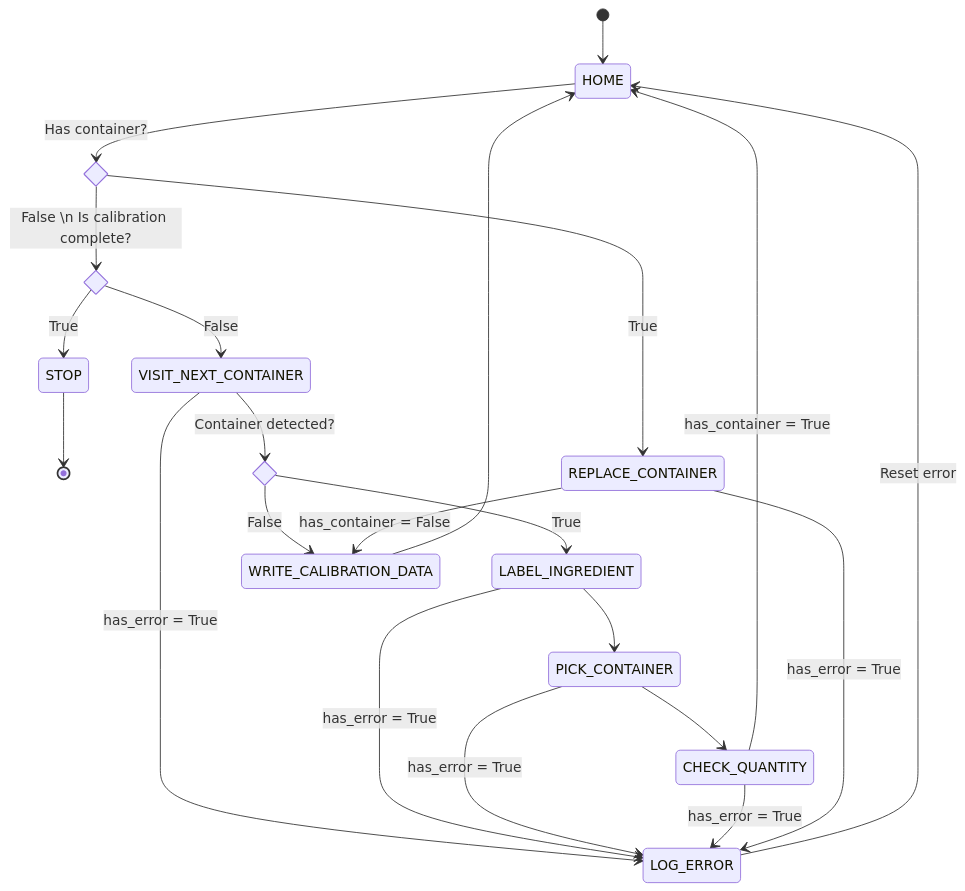
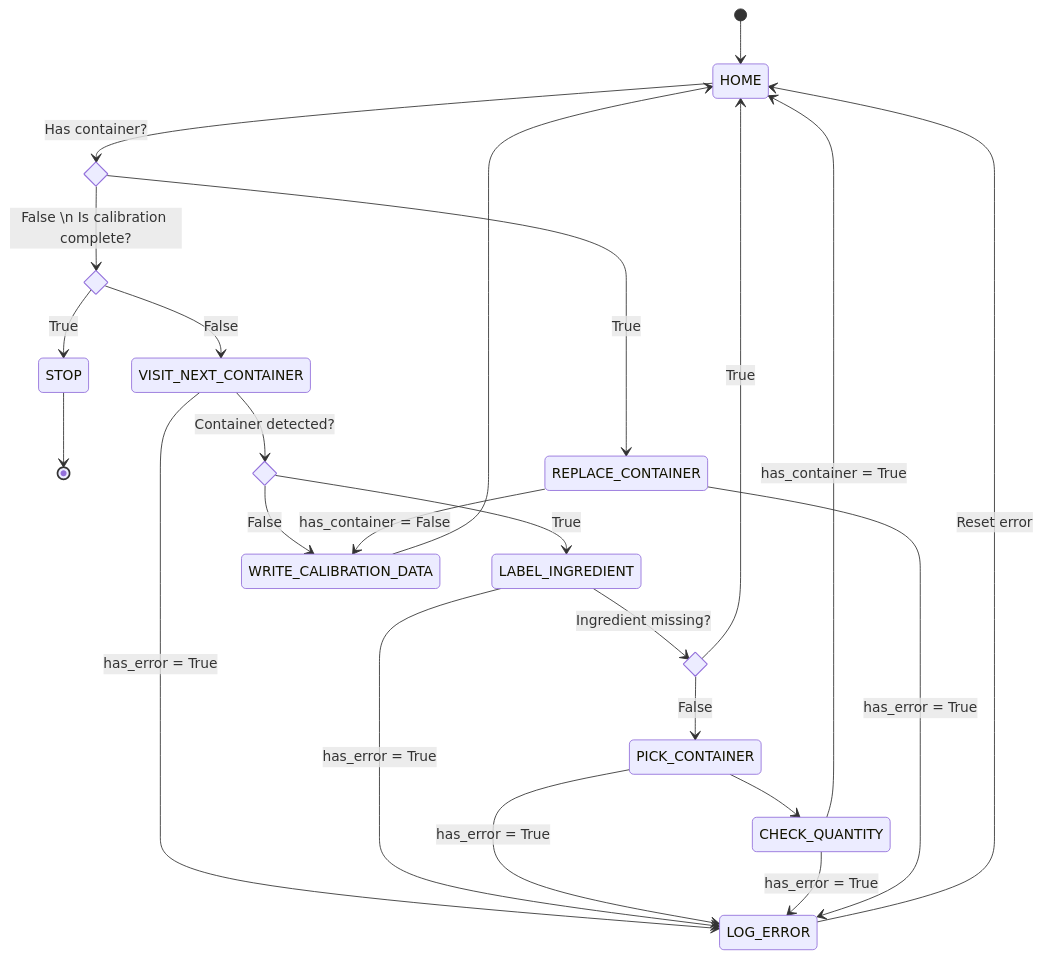
The second of 3 diagrams in README.md (ratatouille-robotics/ratatouille_planner), drawn with Mermaid before and after one commit. The commit also changed 1 other file, not shown here.

Commit message:
Skip weighing containers with missing ingredients

````diff
--- a/README.md
+++ b/README.md
@@ -47,39 +47,42 @@
 ```mermaid
 stateDiagram-v2
     [*] --> HOME
     STOP--> [*]
 
     state has_container <<choice>>
     state has_request1 <<choice>>
     state container_detected <<choice>>
+    state ingredient_missing <<choice>>
 
     
     HOME --> has_container: Has container?
     has_container --> has_request1: False \n Is calibration complete?
     has_container --> REPLACE_CONTAINER: True
 
     has_request1 --> STOP: True
     
     has_request1 --> VISIT_NEXT_CONTAINER: False
 
     VISIT_NEXT_CONTAINER --> container_detected: Container detected?
     container_detected --> LABEL_INGREDIENT: True
     container_detected --> WRITE_CALIBRATION_DATA: False
-    LABEL_INGREDIENT --> PICK_CONTAINER
+    LABEL_INGREDIENT --> ingredient_missing: Ingredient missing?
+    ingredient_missing --> HOME: True
+    ingredient_missing --> PICK_CONTAINER: False
     PICK_CONTAINER --> CHECK_QUANTITY
 
     REPLACE_CONTAINER --> WRITE_CALIBRATION_DATA: has_container = False
     WRITE_CALIBRATION_DATA --> HOME
 
     CHECK_QUANTITY --> HOME: has_container = True
 
     LOG_ERROR --> HOME: Reset error
 
     
     VISIT_NEXT_CONTAINER --> LOG_ERROR: has_error = True
     LABEL_INGREDIENT --> LOG_ERROR: has_error = True
     PICK_CONTAINER --> LOG_ERROR: has_error = True
     CHECK_QUANTITY --> LOG_ERROR: has_error = True
     REPLACE_CONTAINER --> LOG_ERROR: has_error = True
 
 ```
````
